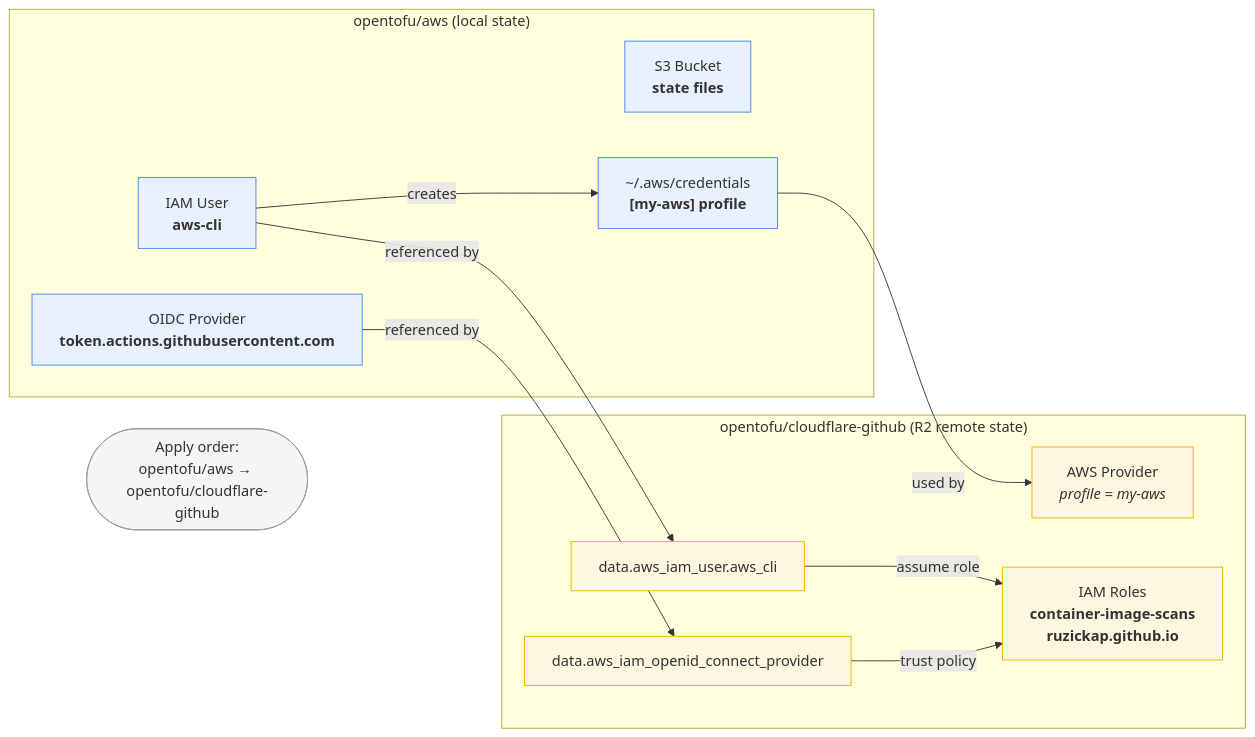
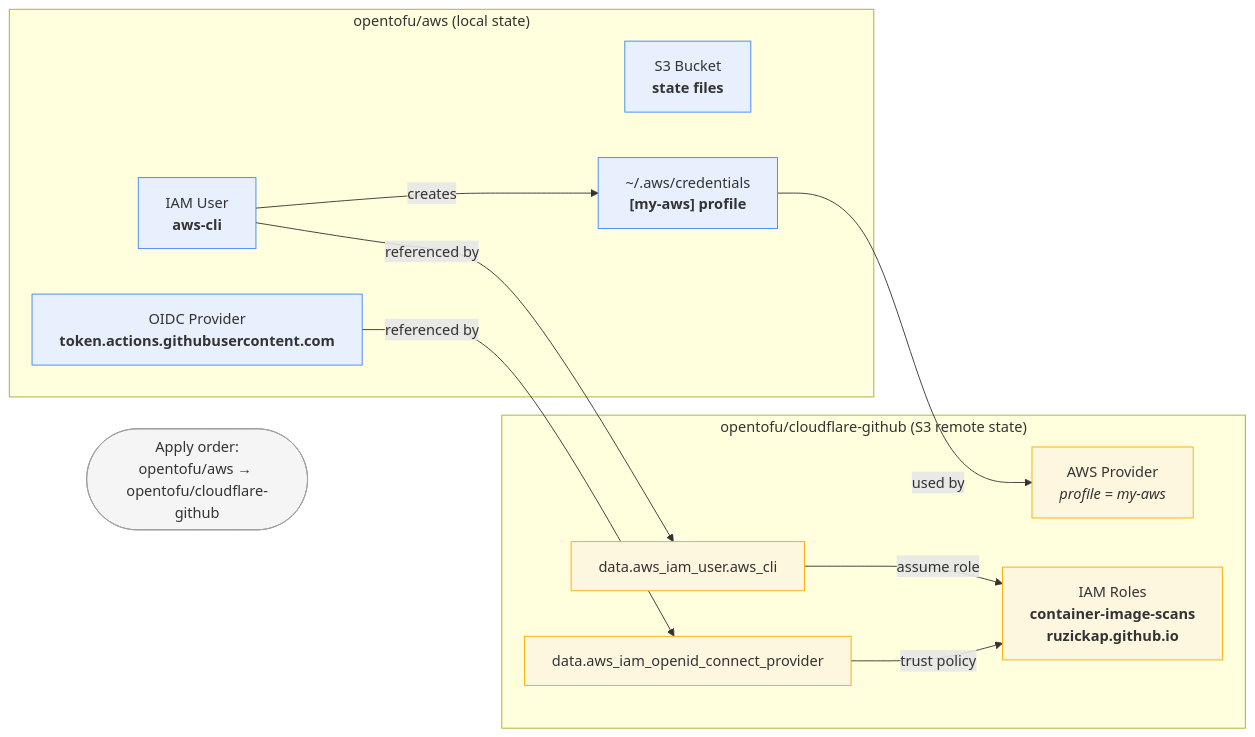
One commit to ruzickap/my-git-projects changed the second of 2 diagrams in opentofu/aws/README.md. Above: the diagram before and after it, drawn with Mermaid. The commit also changed 4 other files, not shown here.

````diff
--- a/opentofu/aws/README.md
+++ b/opentofu/aws/README.md
@@ -86,33 +86,33 @@
 ```mermaid
 flowchart LR
     subgraph aws_module ["opentofu/aws (local state)"]
         iam_user_mod["IAM User<br/><b>aws-cli</b>"]
         oidc_prov["OIDC Provider<br/><b>token.actions.githubusercontent.com</b>"]
         s3_mod["S3 Bucket<br/><b>state files</b>"]
         aws_profile["~/.aws/credentials<br/><b>[my-aws] profile</b>"]
     end
 
-    subgraph cf_module ["opentofu/cloudflare-github (R2 remote state)"]
+    subgraph cf_module ["opentofu/cloudflare-github (S3 remote state)"]
         aws_provider["AWS Provider<br/><i>profile = my-aws</i>"]
         data_oidc["data.aws_iam_openid_connect_provider"]
         data_user["data.aws_iam_user.aws_cli"]
         oidc_roles["IAM Roles<br/><b>container-image-scans</b><br/><b>ruzickap.github.io</b>"]
     end
 
     iam_user_mod -->|creates| aws_profile
     aws_profile -->|used by| aws_provider
     oidc_prov -->|referenced by| data_oidc
     iam_user_mod -->|referenced by| data_user
     data_oidc -->|trust policy| oidc_roles
     data_user -->|assume role| oidc_roles
 
     apply_order(["Apply order:<br/>opentofu/aws → opentofu/cloudflare-github"])
 
     classDef awsMod fill:#e8f0fe,stroke:#4285f4
     classDef cfMod fill:#fef7e0,stroke:#f9ab00
     classDef note fill:#f5f5f5,stroke:#9e9e9e
 
     class iam_user_mod,oidc_prov,s3_mod,aws_profile awsMod
     class aws_provider,data_oidc,data_user,oidc_roles cfMod
     class apply_order note
 ```
````
